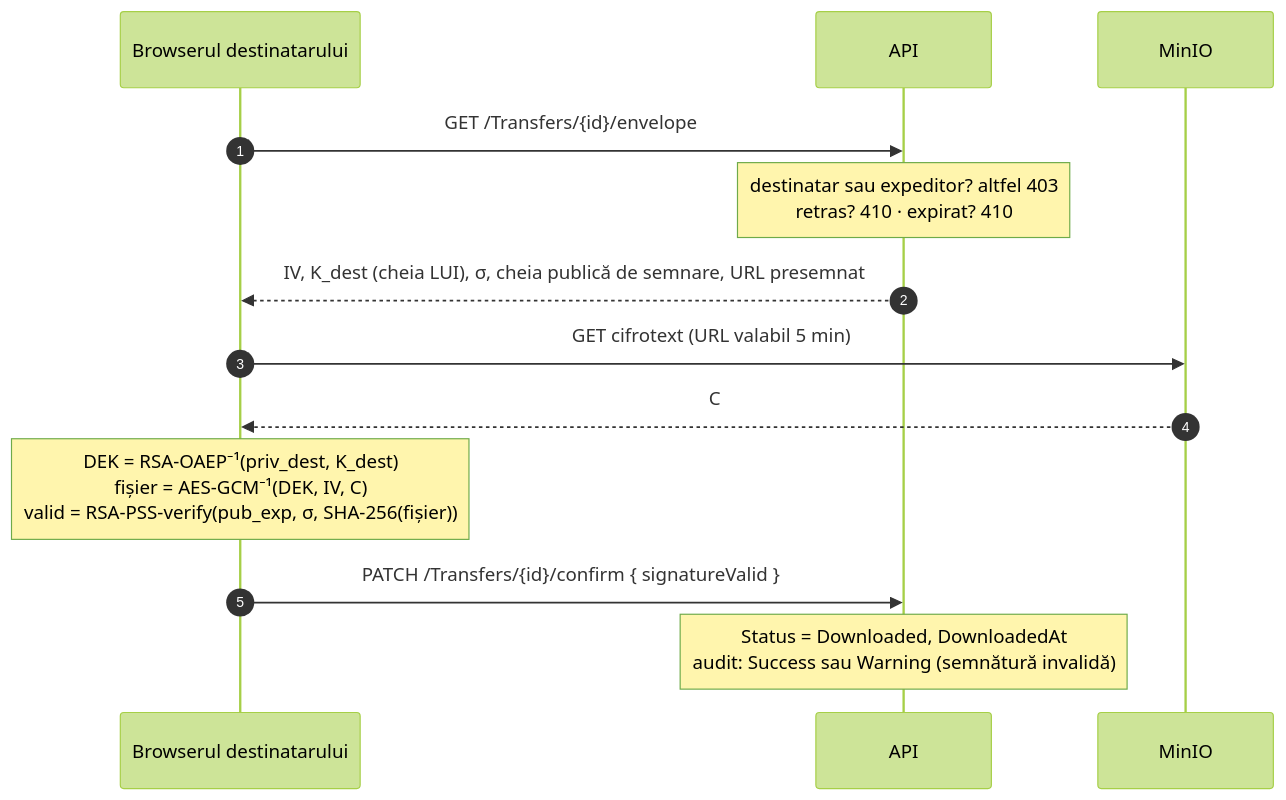
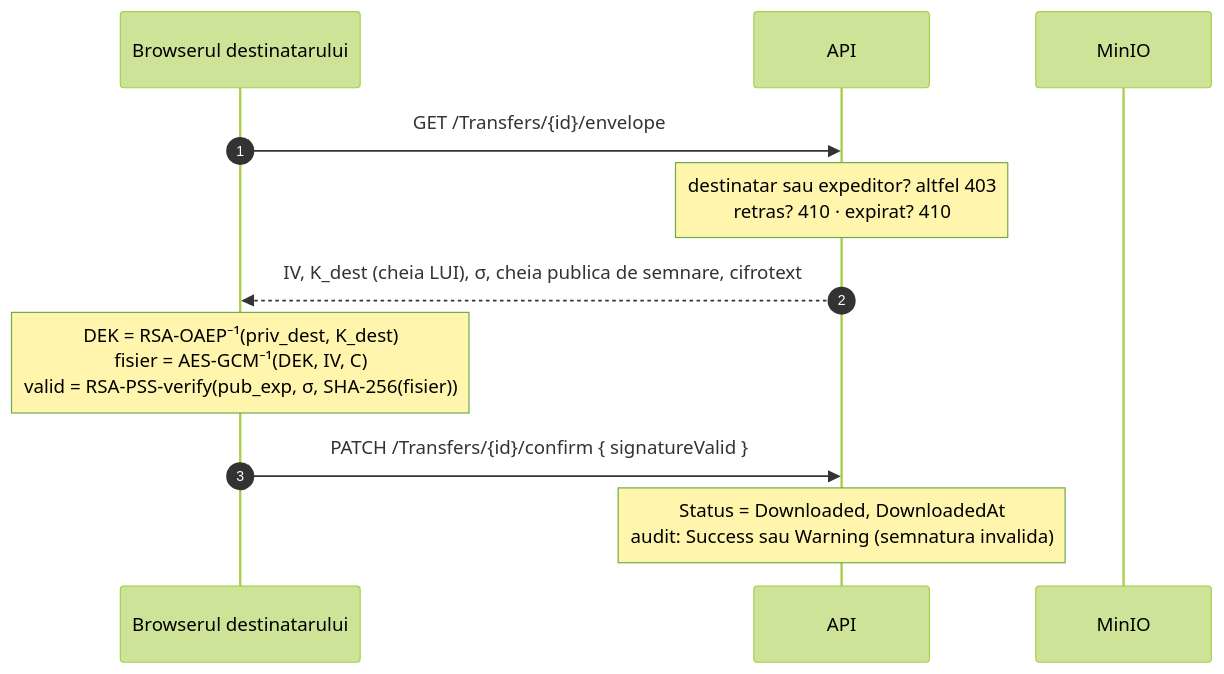
One commit to Danielus-hehe/mai-secure-platform changed the fourth of 5 diagrams in README.md. Above: the diagram before and after it, drawn with Mermaid (forest theme). The commit also changed other lines of this file and 3 other files, not shown here.

````diff
--- a/README.md
+++ b/README.md
@@ -264,16 +276,14 @@
 ```mermaid
 sequenceDiagram
     autonumber
     participant BB as Browserul destinatarului
     participant S as API
     participant M as MinIO
 
     BB->>S: GET /Transfers/{id}/envelope
     Note over S: destinatar sau expeditor? altfel 403<br/>retras? 410 · expirat? 410
-    S-->>BB: IV, K_dest (cheia LUI), σ, cheia publică de semnare, URL presemnat
-    BB->>M: GET cifrotext (URL valabil 5 min)
-    M-->>BB: C
-    Note over BB: DEK = RSA-OAEP⁻¹(priv_dest, K_dest)<br/>fișier = AES-GCM⁻¹(DEK, IV, C)<br/>valid = RSA-PSS-verify(pub_exp, σ, SHA-256(fișier))
+    S-->>BB: IV, K_dest (cheia LUI), σ, cheia publica de semnare, cifrotext
+    Note over BB: DEK = RSA-OAEP⁻¹(priv_dest, K_dest)<br/>fisier = AES-GCM⁻¹(DEK, IV, C)<br/>valid = RSA-PSS-verify(pub_exp, σ, SHA-256(fisier))
     BB->>S: PATCH /Transfers/{id}/confirm { signatureValid }
-    Note over S: Status = Downloaded, DownloadedAt<br/>audit: Success sau Warning (semnătură invalidă)
+    Note over S: Status = Downloaded, DownloadedAt<br/>audit: Success sau Warning (semnatura invalida)
 ```
````
